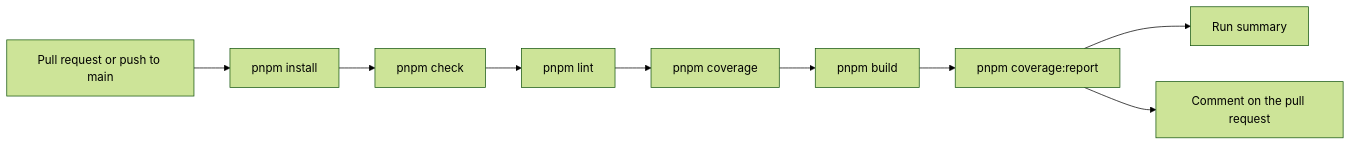
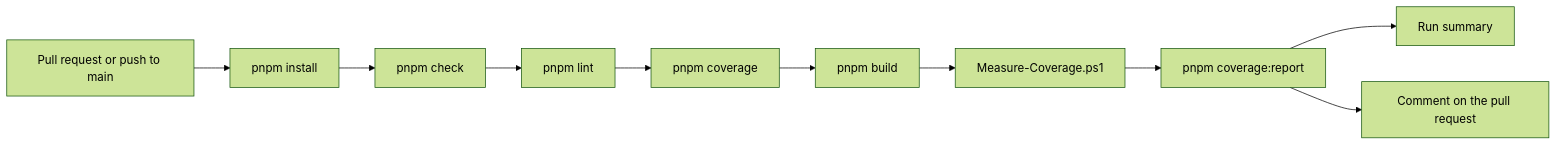
Before and after one commit to cristiadu/valheim-dashboard: diagram 20 of 20 in docs/architecture.md, drawn with Mermaid (forest theme). The commit also changed other lines of this file and 5 other files, not shown here.

First line of the commit message:
CI: measure the PowerShell scripts' unit and integration coverage too

````diff
--- a/docs/architecture.md
+++ b/docs/architecture.md
@@ -481,6 +481,6 @@
 ```mermaid
 flowchart LR
-  pr[Pull request or push to main] --> install[pnpm install] --> check[pnpm check] --> lint[pnpm lint] --> coverage[pnpm coverage] --> build[pnpm build] --> report[pnpm coverage:report]
+  pr[Pull request or push to main] --> install[pnpm install] --> check[pnpm check] --> lint[pnpm lint] --> coverage[pnpm coverage] --> build[pnpm build] --> scripts[Measure-Coverage.ps1] --> report[pnpm coverage:report]
   report --> summary[Run summary]
   report --> comment[Comment on the pull request]
 ```
````
